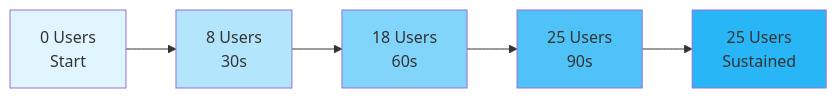
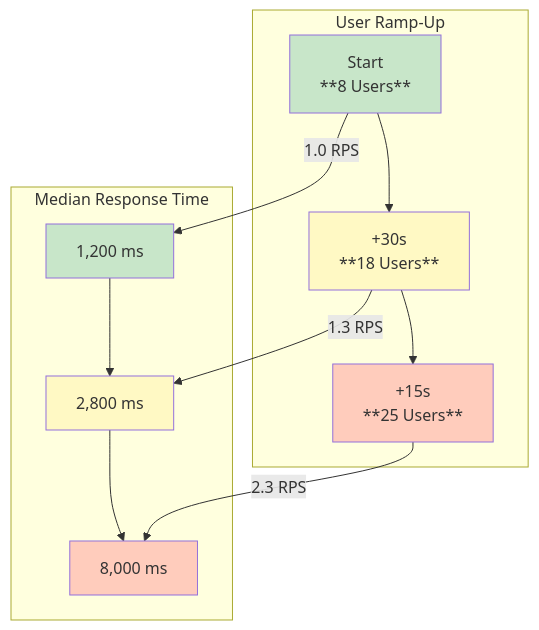
One commit to Arafat6462/ResuMate_API_Docs changed the diagram in docs/performance/index.md. Above: the diagram before and after it, drawn with Mermaid. The commit also changed other lines of this file, not shown here.

````diff
--- a/docs/performance/index.md
+++ b/docs/performance/index.md
@@ -174,13 +310,20 @@
 ```mermaid
-graph LR
-    A[0 Users<br/>Start] --> B[8 Users<br/>30s]
-    B --> C[18 Users<br/>60s]
-    C --> D[25 Users<br/>90s]
-    D --> E[25 Users<br/>Sustained]
-    
-    style A fill:#e1f5fe
-    style B fill:#b3e5fc
-    style C fill:#81d4fa
-    style D fill:#4fc3f7
-    style E fill:#29b6f6
+graph TD
+    subgraph User Ramp-Up
+        A[Start<br>**8 Users**] --> B[+30s<br>**18 Users**] --> C[+15s<br>**25 Users**];
+    end
+    subgraph Median Response Time
+        D[1,200 ms] --> E[2,800 ms] --> F[8,000 ms];
+    end
+    A -- 1.0 RPS --> D;
+    B -- 1.3 RPS --> E;
+    C -- 2.3 RPS --> F;
+
+    style A fill:#c8e6c9
+    style B fill:#fff9c4
+    style C fill:#ffccbc
+
+    style D fill:#c8e6c9
+    style E fill:#fff9c4
+    style F fill:#ffccbc
 ```
````
